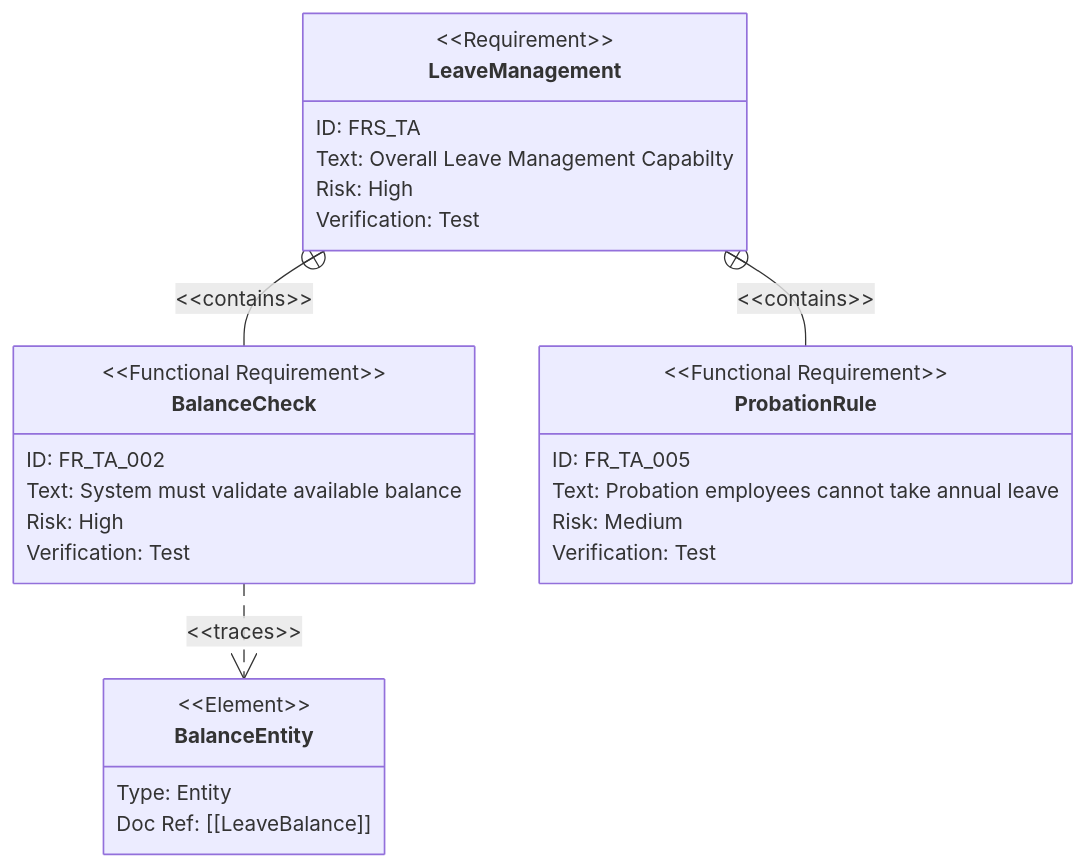
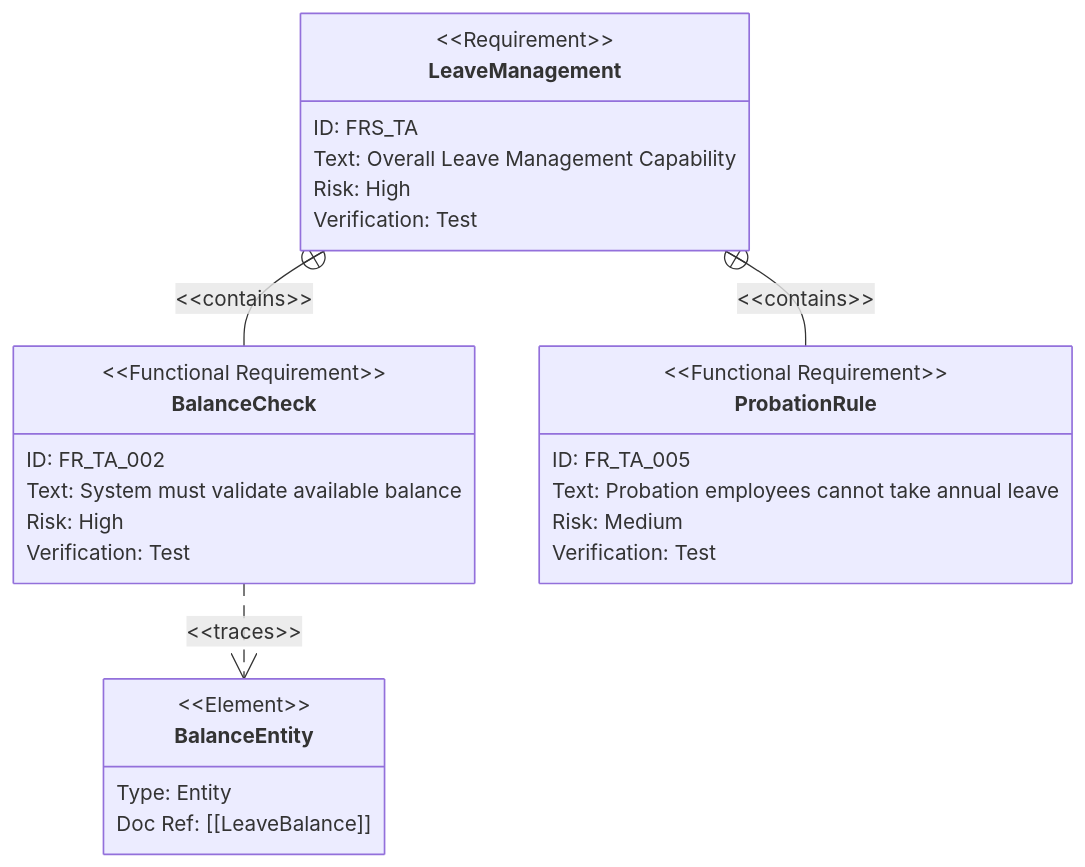
One commit to a4b-corporation/xTalent changed the third of 4 diagrams in docs/_research/templates/functional-requirement-standard.md. Above: the diagram before and after it, drawn with Mermaid. The commit also changed other lines of this file and 4 other files, not shown here.

````diff
--- a/docs/_research/templates/functional-requirement-standard.md
+++ b/docs/_research/templates/functional-requirement-standard.md
@@ -89,33 +89,33 @@
 ```mermaid
 requirementDiagram
 
     requirement LeaveManagement {
         id: FRS_TA
-        text: Overall Leave Management Capabilty
+        text: "Overall Leave Management Capability"
         risk: high
         verifymethod: test
     }
 
     functionalRequirement BalanceCheck {
         id: FR_TA_002
-        text: System must validate available balance
+        text: "System must validate available balance"
         risk: high
         verifymethod: test
     }
 
     functionalRequirement ProbationRule {
         id: FR_TA_005
-        text: Probation employees cannot take annual leave
+        text: "Probation employees cannot take annual leave"
         risk: medium
         verifymethod: test
     }
 
     element BalanceEntity {
         type: Entity
         docRef: "[[LeaveBalance]]"
     }
 
     LeaveManagement - contains -> BalanceCheck
     LeaveManagement - contains -> ProbationRule
     BalanceCheck - traces -> BalanceEntity
 ```
````
